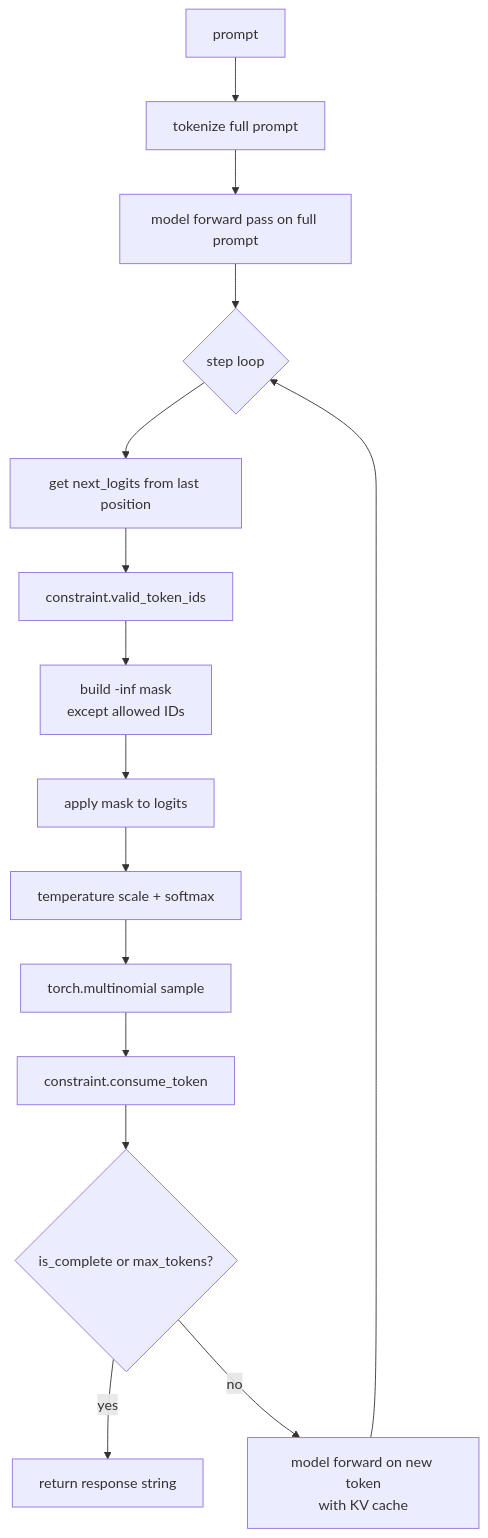
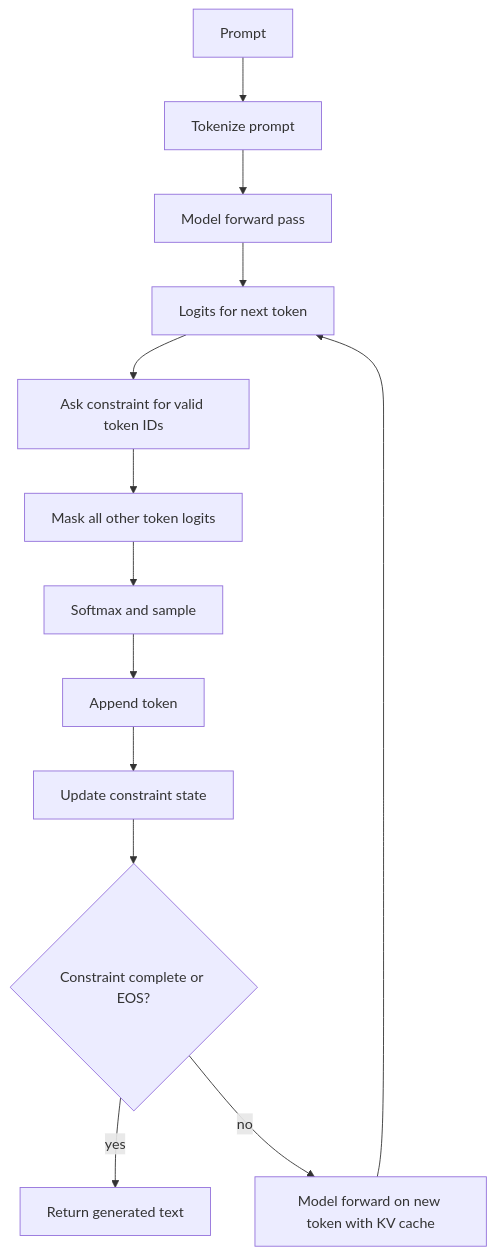
One commit to cgnito/tcd changed the diagram in README.md. Above: the diagram before and after it, drawn with Mermaid. The commit also changed other lines of this file and 17 other files, not shown here.

````diff
--- a/README.md
+++ b/README.md
@@ -205,17 +31,15 @@
 ```mermaid
 flowchart TD
-    A[prompt] --> B[tokenize full prompt]
-    B --> C[model forward pass on full prompt]
-    C --> D{step loop}
-    D --> E[get next_logits from last position]
-    E --> F[constraint.valid_token_ids]
-    F --> G["build -inf mask\nexcept allowed IDs"]
-    G --> H[apply mask to logits]
-    H --> I[temperature scale + softmax]
-    I --> J[torch.multinomial sample]
-    J --> K[constraint.consume_token]
-    K --> L{is_complete or max_tokens?}
-    L -- yes --> M[return response string]
-    L -- no --> N["model forward on new token\nwith KV cache"]
-    N --> D
+    A[Prompt] --> B[Tokenize prompt]
+    B --> C[Model forward pass]
+    C --> D[Logits for next token]
+    D --> E[Ask constraint for valid token IDs]
+    E --> F[Mask all other token logits]
+    F --> G[Softmax and sample]
+    G --> H[Append token]
+    H --> I[Update constraint state]
+    I --> J{Constraint complete or EOS?}
+    J -- yes --> K[Return generated text]
+    J -- no --> L[Model forward on new token with KV cache]
+    L --> D
 ```
````
